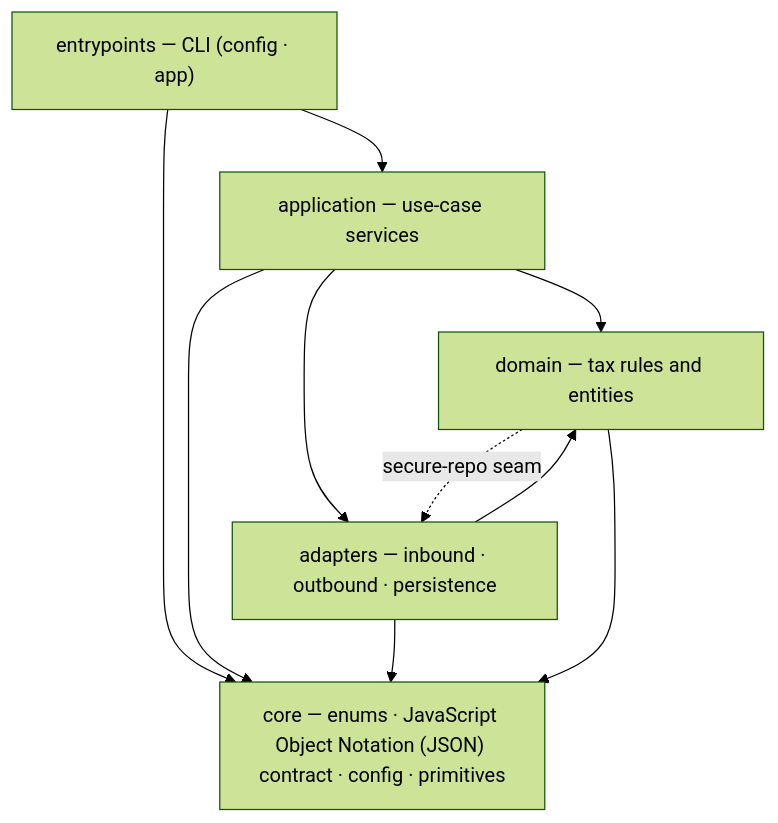
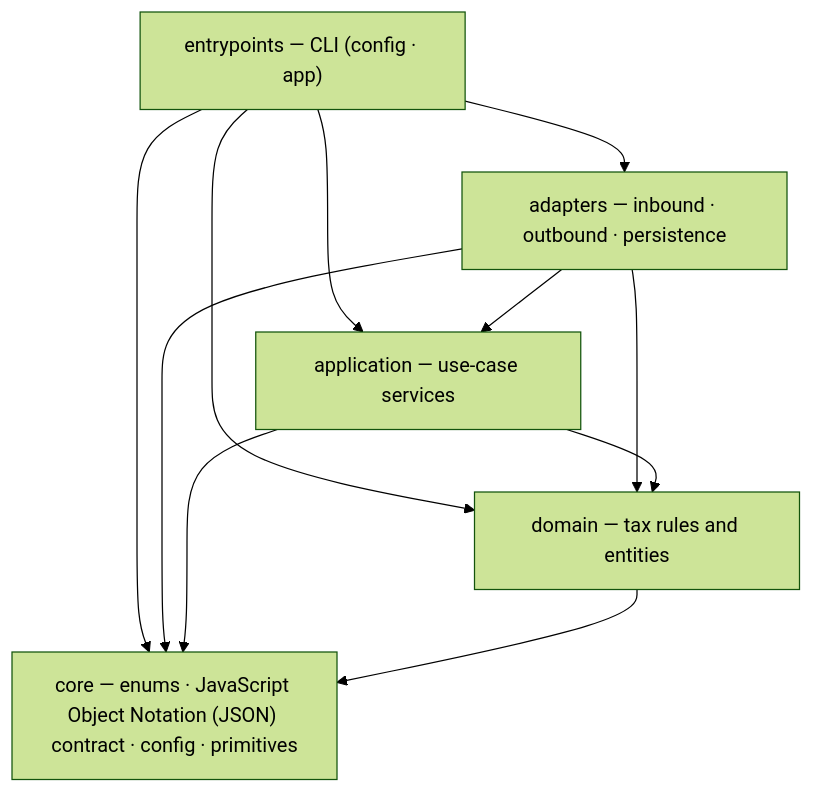
Before and after one commit to nevenincs/cadrumo: the first of 5 diagrams in docs/architecture/index.md, drawn with Mermaid (forest theme). The commit also changed other lines of this file and 2502 other files, not shown here.

````diff
--- a/docs/architecture/index.md
+++ b/docs/architecture/index.md
@@ -60,17 +64,18 @@
 ```mermaid
 flowchart TD
     EP["entrypoints — CLI (config · app)"]
     AD["adapters — inbound · outbound · persistence"]
     APP["application — use-case services"]
     DOM["domain — tax rules and entities"]
     CORE["core — enums · JavaScript Object Notation (JSON) contract · config · primitives"]
+    EP --> AD
     EP --> APP
+    EP --> DOM
     EP --> CORE
-    APP --> DOM
-    APP --> AD
-    APP --> CORE
+    AD --> APP
     AD --> DOM
     AD --> CORE
+    APP --> DOM
+    APP --> CORE
     DOM --> CORE
-    DOM -.->|"secure-repo seam"| AD
 ```
````
